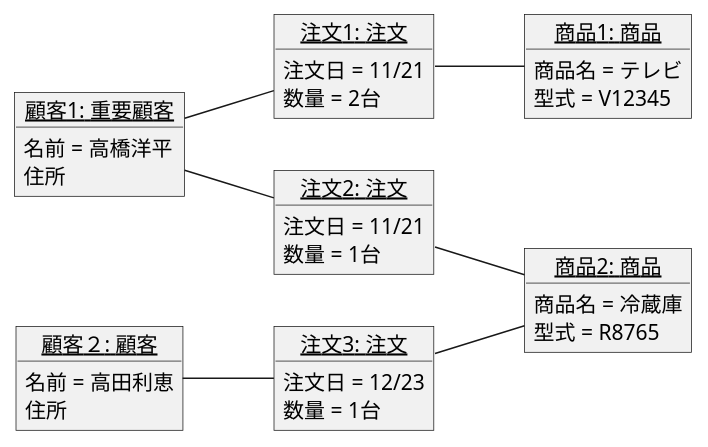
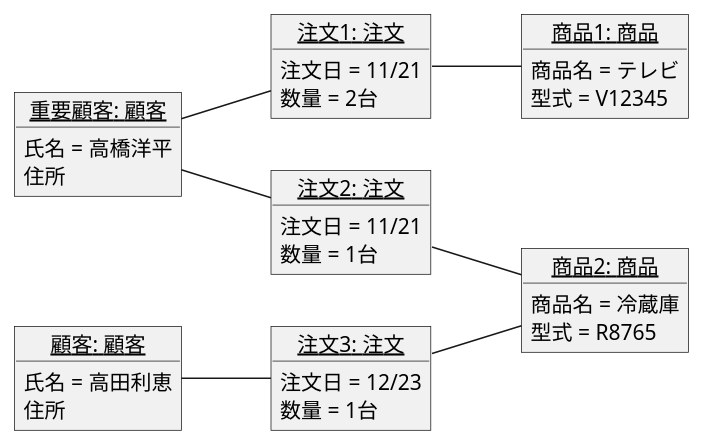
One commit to Takhshi/uml-introduction changed the diagram in 演習3-7_OBJ_注文のオブジェクト図.pu. Above: the diagram before and after it, drawn with PlantUML.

Commit message:
演習3の修正

```diff
--- a/演習3-7_OBJ_注文のオブジェクト図.pu
+++ b/演習3-7_OBJ_注文のオブジェクト図.pu
@@ -1,37 +1,37 @@
 @startuml 資格取得のオブジェクト図
 left to right direction
-object "<u>顧客1: 重要顧客</u>" as customer1 {
-名前 = 高橋洋平
+object "<u>重要顧客: 顧客</u>" as customer1 {
+氏名 = 高橋洋平
 住所
 }
-object "<u>顧客２: 顧客</u>" as customer2 {
-名前 = 高田利恵
+object "<u>顧客: 顧客</u>" as customer2 {
+氏名 = 高田利恵
 住所
 }
 object "<u>注文1: 注文</u>" as order1 {
 注文日 = 11/21
 数量 = 2台
 }
 object "<u>注文2: 注文</u>" as order2 {
 注文日 = 11/21
 数量 = 1台
 }
 object "<u>注文3: 注文</u>" as order3 {
 注文日 = 12/23
 数量 = 1台
 }
 object "<u>商品1: 商品</u>" as product1 {
 商品名 = テレビ
 型式 = V12345
 }
 object "<u>商品2: 商品</u>" as product2 {
 商品名 = 冷蔵庫
 型式 = R8765
 }
 customer1 -- order1
 order1 -- product1
 customer1 -- order2
 order2 -- product2
 customer2 -- order3
 order3 -- product2
 @enduml
```
